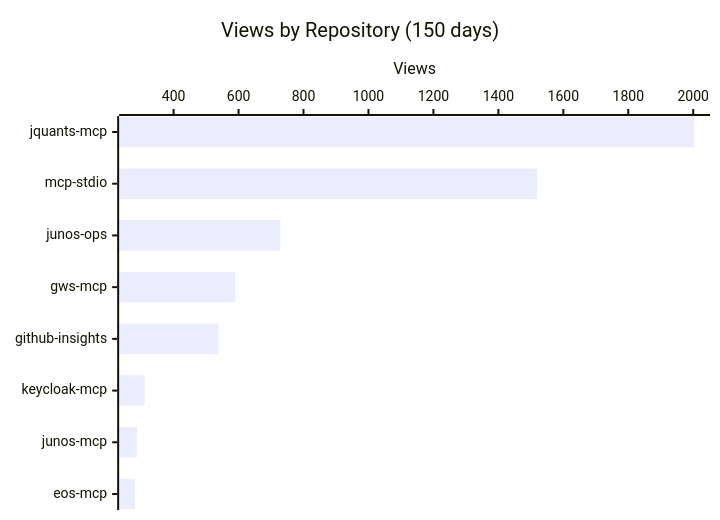
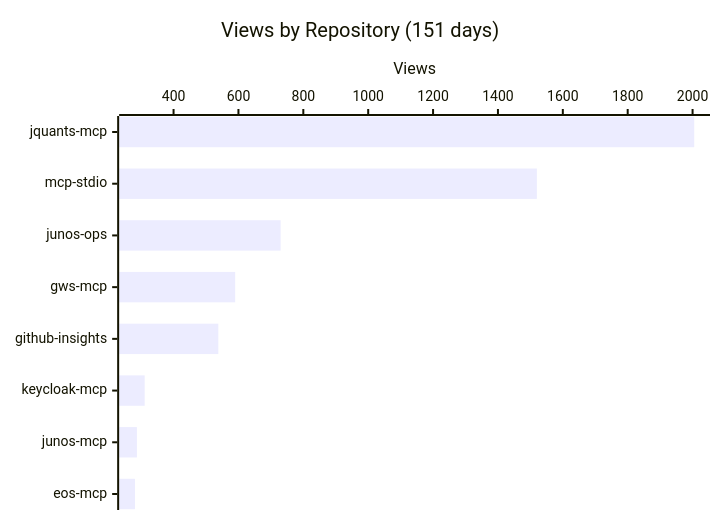
The first of 4 diagrams in README.md (shigechika/github-insights), drawn with Mermaid before and after one commit. The commit also changed other lines of this file and 2 other files, not shown here.

````diff
--- a/README.md
+++ b/README.md
@@ -18,7 +18,7 @@
 ```mermaid
 xychart-beta horizontal
-    title "Views by Repository (150 days)"
+    title "Views by Repository (151 days)"
     x-axis ["jquants-mcp", "mcp-stdio", "junos-ops", "gws-mcp", "github-insights", "keycloak-mcp", "junos-mcp", "eos-mcp"]
     y-axis "Views"
-    bar [2003, 1519, 729, 590, 538, 311, 287, 281]
+    bar [2005, 1520, 730, 590, 538, 311, 287, 281]
 ```
````
